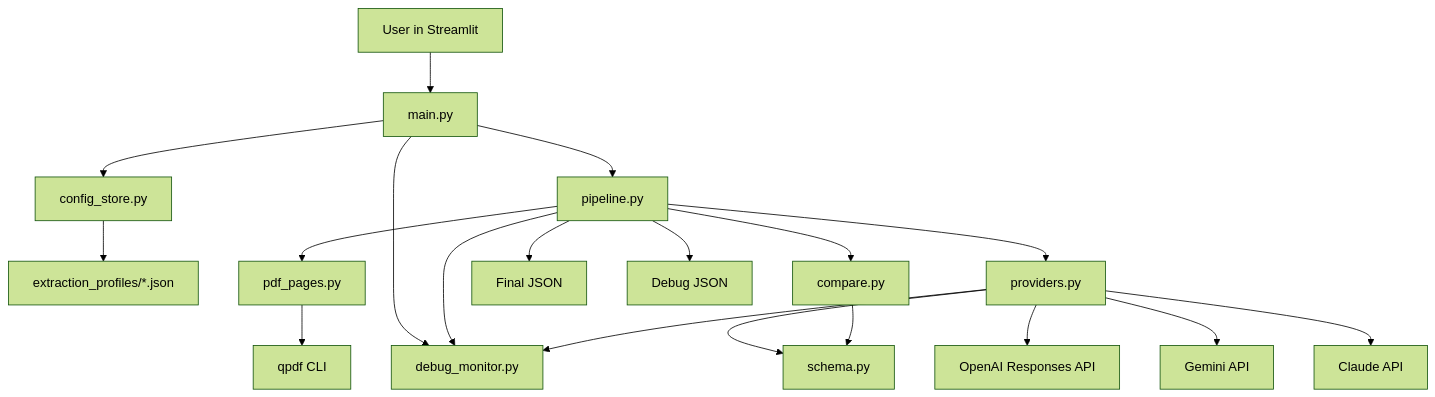
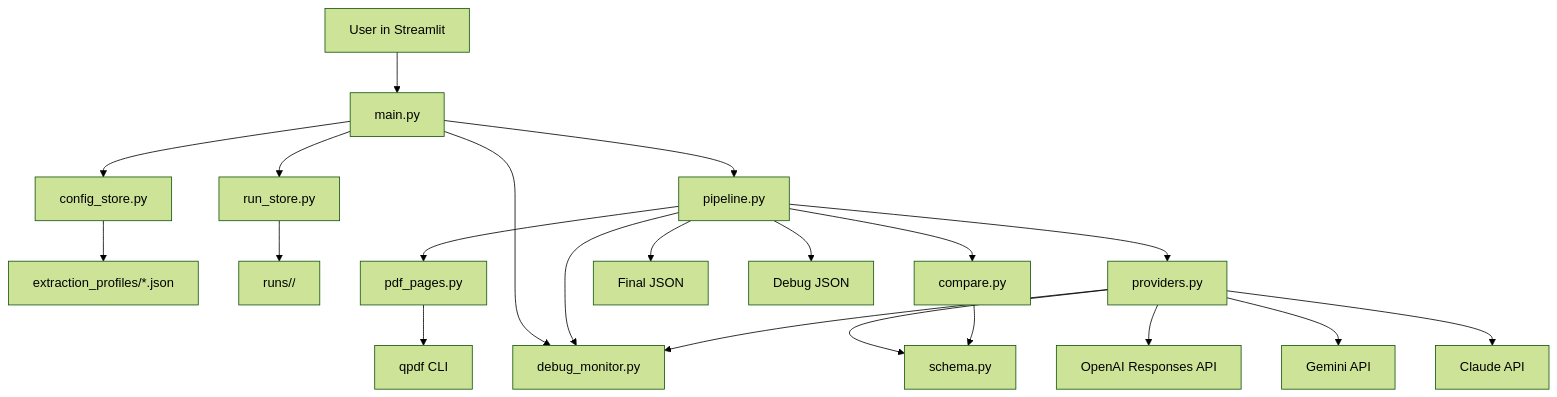
The diagram in docs/architecture.md (LosBenjosMalos/unstructured), drawn with Mermaid (forest theme) before and after one commit. The commit also changed other lines of this file and 9 other files, not shown here.

````diff
--- a/docs/architecture.md
+++ b/docs/architecture.md
@@ -14,21 +14,23 @@
 ```mermaid
 flowchart TD
     U["User in Streamlit"] --> UI["main.py"]
     UI --> Store["config_store.py"]
+    UI --> RunStore["run_store.py"]
     UI --> Pipe["pipeline.py"]
     UI --> Monitor["debug_monitor.py"]
     Store --> Profiles["extraction_profiles/*.json"]
+    RunStore --> Runs["runs/<run_id>/"]
     Pipe --> PDF["pdf_pages.py"]
     Pipe --> Providers["providers.py"]
     Pipe --> Monitor
     Providers --> Monitor
     Pipe --> Compare["compare.py"]
     Providers --> Schema["schema.py"]
     Compare --> Schema
     PDF --> QPDF["qpdf CLI"]
     Providers --> OpenAI["OpenAI Responses API"]
     Providers --> Gemini["Gemini API"]
     Providers --> Claude["Claude API"]
     Pipe --> Final["Final JSON"]
     Pipe --> Debug["Debug JSON"]
 ```
````
